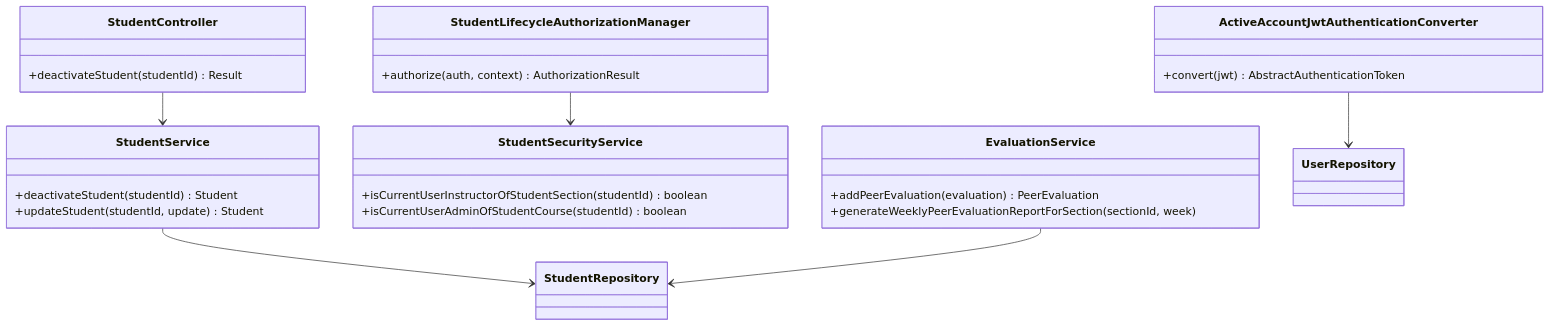
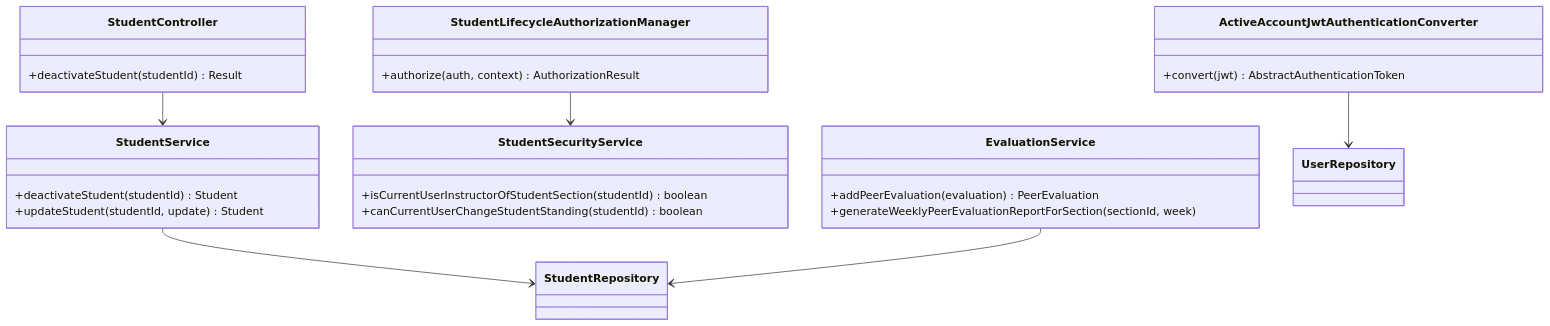
One commit to joshua-stephen-mullins/add-a-use-case changed the first of 3 diagrams in docs/design/stu.md. Above: the diagram before and after it, drawn with Mermaid. The commit also changed other lines of this file and 4 other files, not shown here.

````diff
--- a/docs/design/stu.md
+++ b/docs/design/stu.md
@@ -16,29 +16,29 @@
 ```mermaid
 classDiagram
     class StudentController {
         +deactivateStudent(studentId) Result
     }
     class StudentService {
         +deactivateStudent(studentId) Student
         +updateStudent(studentId, update) Student
     }
     class StudentSecurityService {
         +isCurrentUserInstructorOfStudentSection(studentId) boolean
-        +isCurrentUserAdminOfStudentCourse(studentId) boolean
+        +canCurrentUserChangeStudentStanding(studentId) boolean
     }
     class StudentLifecycleAuthorizationManager {
         +authorize(auth, context) AuthorizationResult
     }
     class ActiveAccountJwtAuthenticationConverter {
         +convert(jwt) AbstractAuthenticationToken
     }
     class EvaluationService {
         +addPeerEvaluation(evaluation) PeerEvaluation
         +generateWeeklyPeerEvaluationReportForSection(sectionId, week)
     }
     StudentController --> StudentService
     StudentLifecycleAuthorizationManager --> StudentSecurityService
     ActiveAccountJwtAuthenticationConverter --> UserRepository
     StudentService --> StudentRepository
     EvaluationService --> StudentRepository
 ```
````
